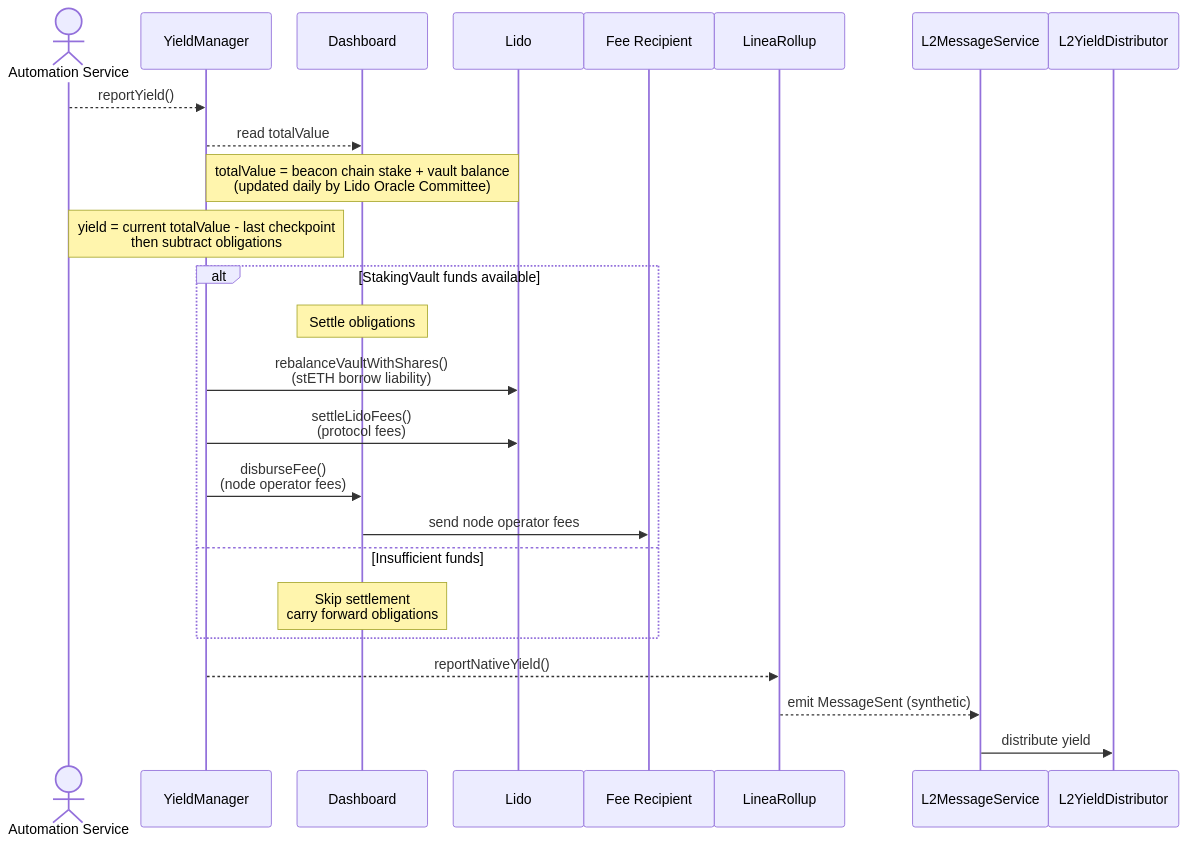
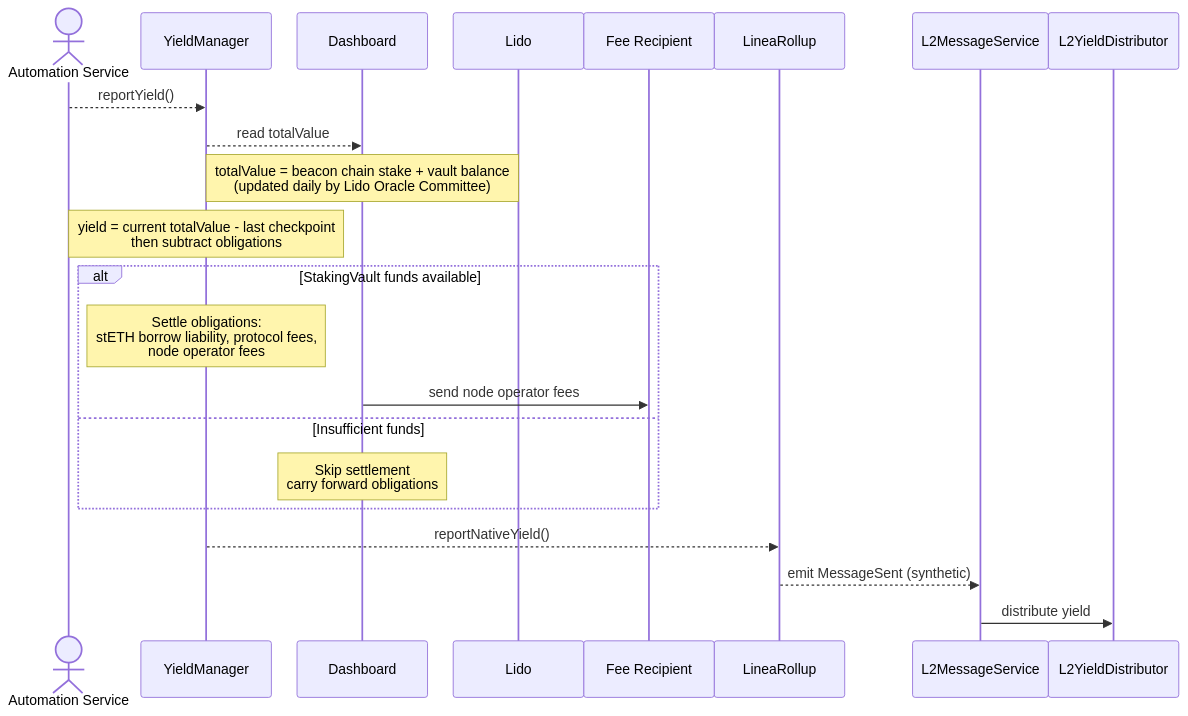
One commit to Consensys/doc.linea changed the fifth of 8 diagrams in docs/network/overview/yield-boost/architecture.mdx. Above: the diagram before and after it, drawn with Mermaid. The commit also changed other lines of this file, not shown here.

First line of the commit message:
docs(yield-boost): de-scope architecture page to high-level flows

````diff
--- a/docs/network/overview/yield-boost/architecture.mdx
+++ b/docs/network/overview/yield-boost/architecture.mdx
@@ -292,37 +292,34 @@
 ```mermaid
 %%{init: {
   "sequence": {
     "useMaxWidth": true,
     "actorMargin": 0,
     "width": 150
   }
 }}%%
 sequenceDiagram
     actor Auto as Automation Service
     participant YM as YieldManager
     participant DB as Dashboard
     participant Lido as Lido
     participant Fee as Fee Recipient
     participant LR as LineaRollup
     participant L2MS as L2MessageService
     participant L2YD as L2YieldDistributor
 
     Auto-->>YM: reportYield()
     YM-->>DB: read totalValue
     Note over DB: totalValue = beacon chain stake + vault balance<br/>(updated daily by Lido Oracle Committee)
     Note over YM: yield = current totalValue - last checkpoint<br/>then subtract obligations
 
     alt StakingVault funds available
-        Note over DB: Settle obligations
-        YM->>Lido: rebalanceVaultWithShares()<br/>(stETH borrow liability)
-        YM->>Lido: settleLidoFees()<br/>(protocol fees)
-        YM->>DB: disburseFee()<br/>(node operator fees)
+        Note over YM: Settle obligations:<br/>stETH borrow liability, protocol fees,<br/>node operator fees
         DB->>Fee: send node operator fees
     else Insufficient funds
         Note over DB: Skip settlement<br/>carry forward obligations
     end
 
     YM-->>LR: reportNativeYield()
     LR-->>L2MS: emit MessageSent (synthetic)
     L2MS->>L2YD: distribute yield
 ```
````
